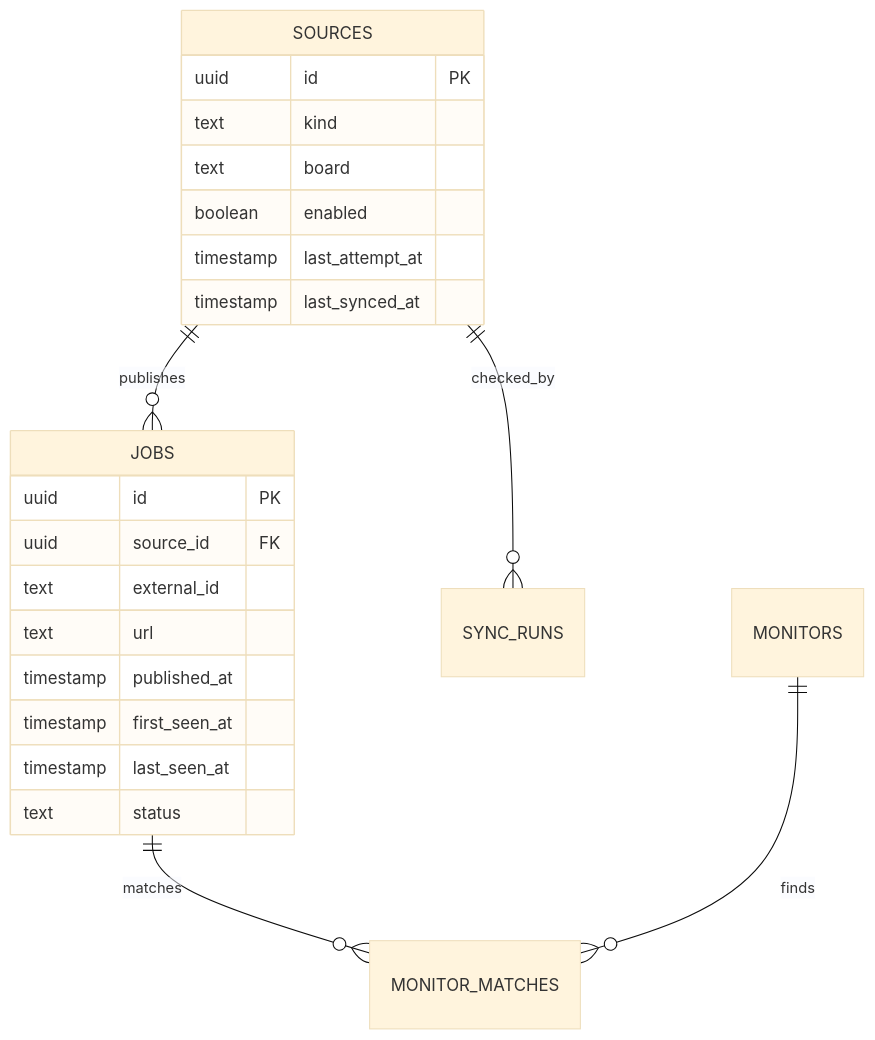
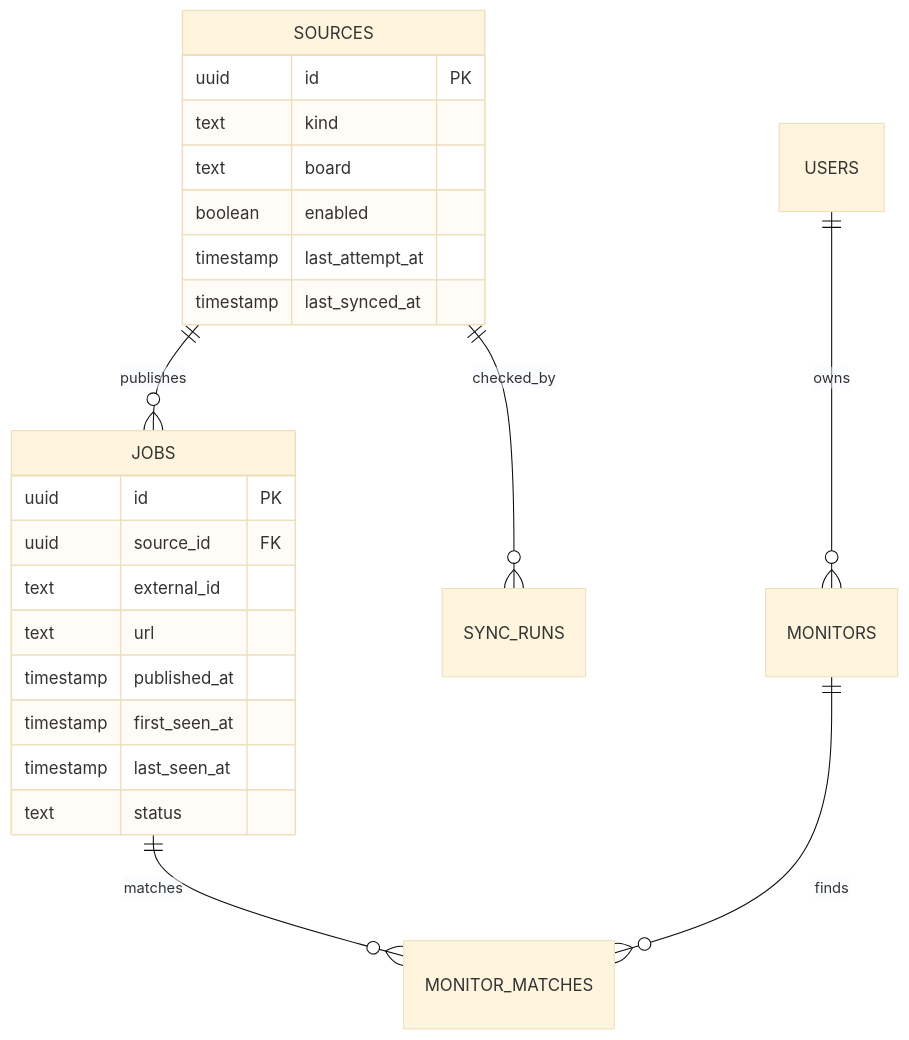
The second of 2 diagrams in docs/architecture.md (ifham-mohamed/connect), drawn with Mermaid (base theme) before and after one commit. The commit also changed other lines of this file and 22 other files, not shown here.

````diff
--- a/docs/architecture.md
+++ b/docs/architecture.md
@@ -37,25 +37,26 @@
 ```mermaid
 erDiagram
   SOURCES ||--o{ JOBS : publishes
   SOURCES ||--o{ SYNC_RUNS : checked_by
   JOBS ||--o{ MONITOR_MATCHES : matches
   MONITORS ||--o{ MONITOR_MATCHES : finds
+  USERS ||--o{ MONITORS : owns
   SOURCES {
     uuid id PK
     text kind
     text board
     boolean enabled
     timestamp last_attempt_at
     timestamp last_synced_at
   }
   JOBS {
     uuid id PK
     uuid source_id FK
     text external_id
     text url
     timestamp published_at
     timestamp first_seen_at
     timestamp last_seen_at
     text status
   }
 ```
````
